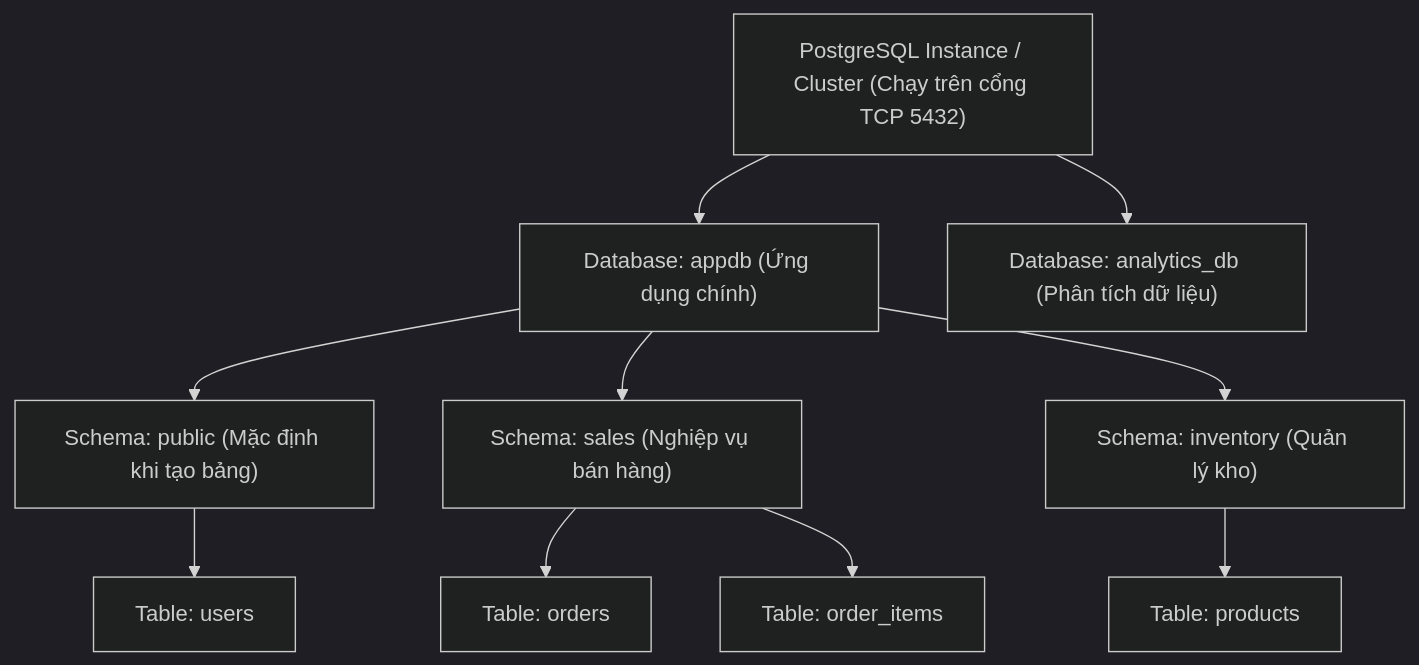
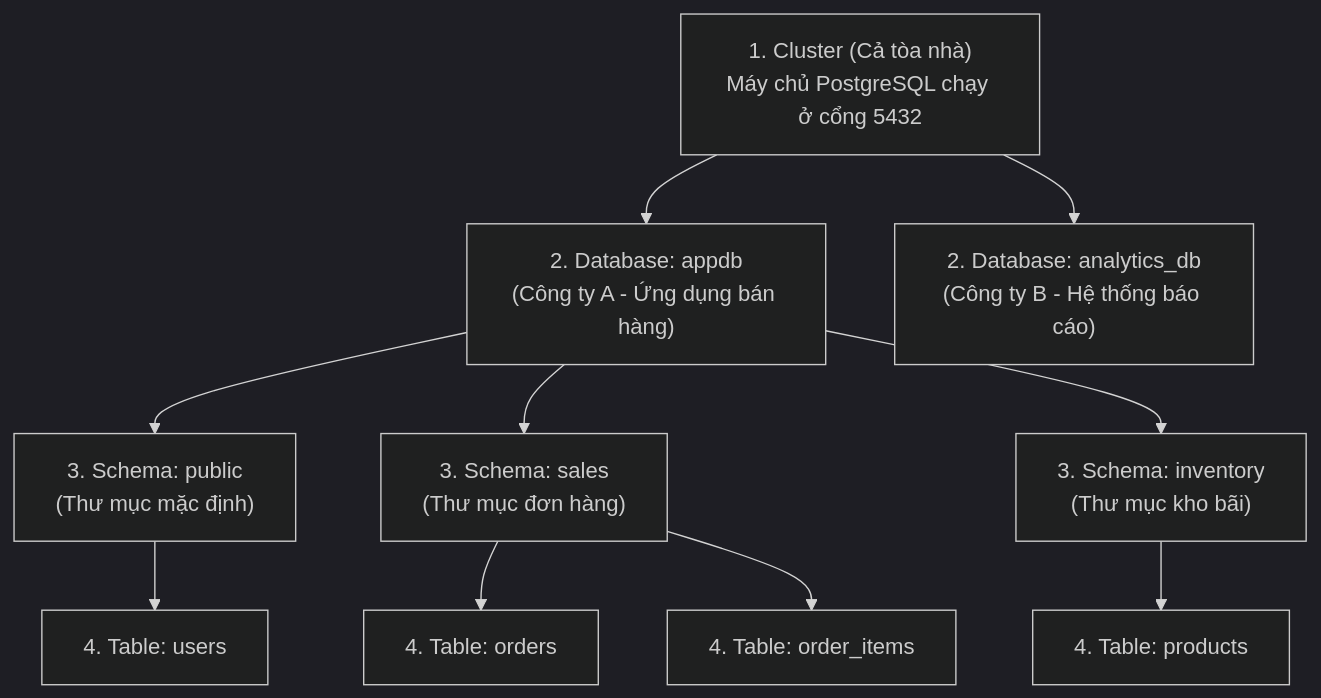
One commit to ThanhPhongvipvip/Tutorial changed the fifth of 10 diagrams in database/Database.md. Above: the diagram before and after it, drawn with Mermaid (dark theme). The commit also changed other lines of this file and 2 other files, not shown here.

````diff
--- a/database/Database.md
+++ b/database/Database.md
@@ -222,15 +271,15 @@
 ```mermaid
 graph TD
-    Cluster["PostgreSQL Instance / Cluster (Chạy trên cổng TCP 5432)"]
-    Cluster --> DB1["Database: appdb (Ứng dụng chính)"]
-    Cluster --> DB2["Database: analytics_db (Phân tích dữ liệu)"]
+    Cluster["1. Cluster (Cả tòa nhà)\nMáy chủ PostgreSQL chạy ở cổng 5432"]
+    Cluster --> DB1["2. Database: appdb\n(Công ty A - Ứng dụng bán hàng)"]
+    Cluster --> DB2["2. Database: analytics_db\n(Công ty B - Hệ thống báo cáo)"]
     
-    DB1 --> S1["Schema: public (Mặc định khi tạo bảng)"]
-    DB1 --> S2["Schema: sales (Nghiệp vụ bán hàng)"]
-    DB1 --> S3["Schema: inventory (Quản lý kho)"]
+    DB1 --> S1["3. Schema: public\n(Thư mục mặc định)"]
+    DB1 --> S2["3. Schema: sales\n(Thư mục đơn hàng)"]
+    DB1 --> S3["3. Schema: inventory\n(Thư mục kho bãi)"]
     
-    S1 --> T1["Table: users"]
-    S2 --> T2["Table: orders"]
-    S2 --> T3["Table: order_items"]
-    S3 --> T4["Table: products"]
+    S1 --> T1["4. Table: users"]
+    S2 --> T2["4. Table: orders"]
+    S2 --> T3["4. Table: order_items"]
+    S3 --> T4["4. Table: products"]
 ```
````
